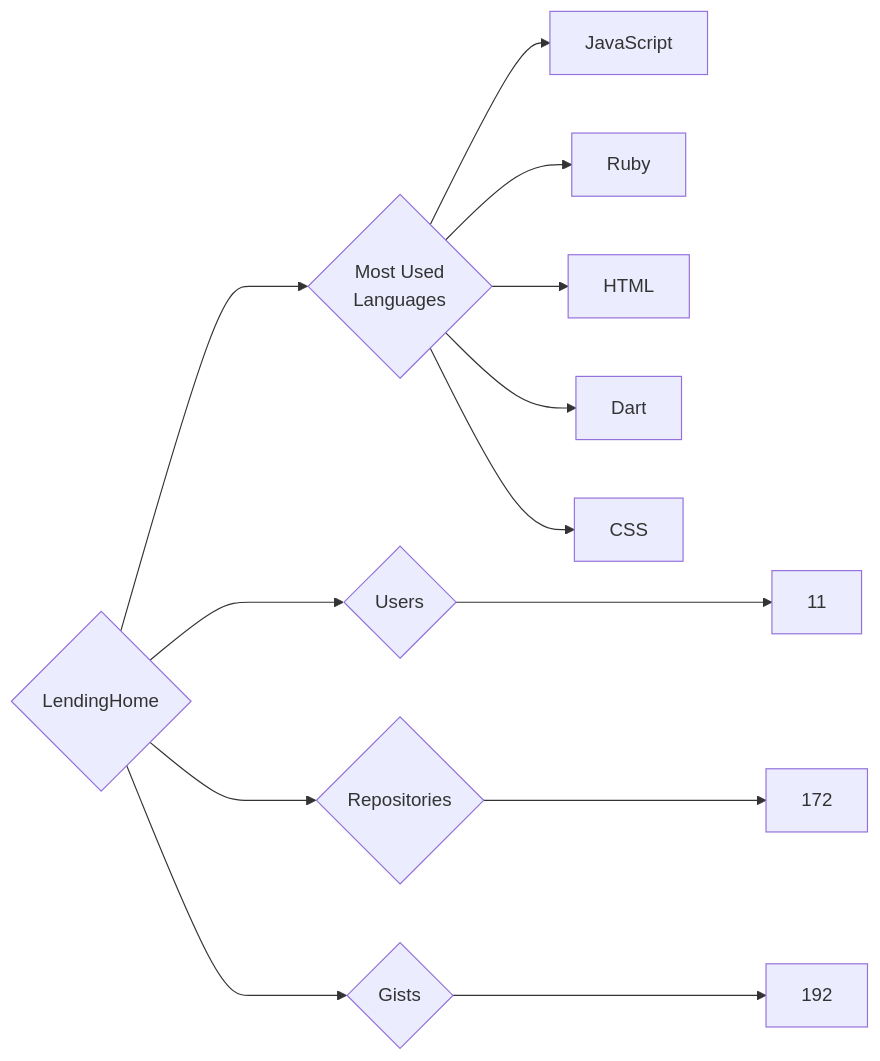
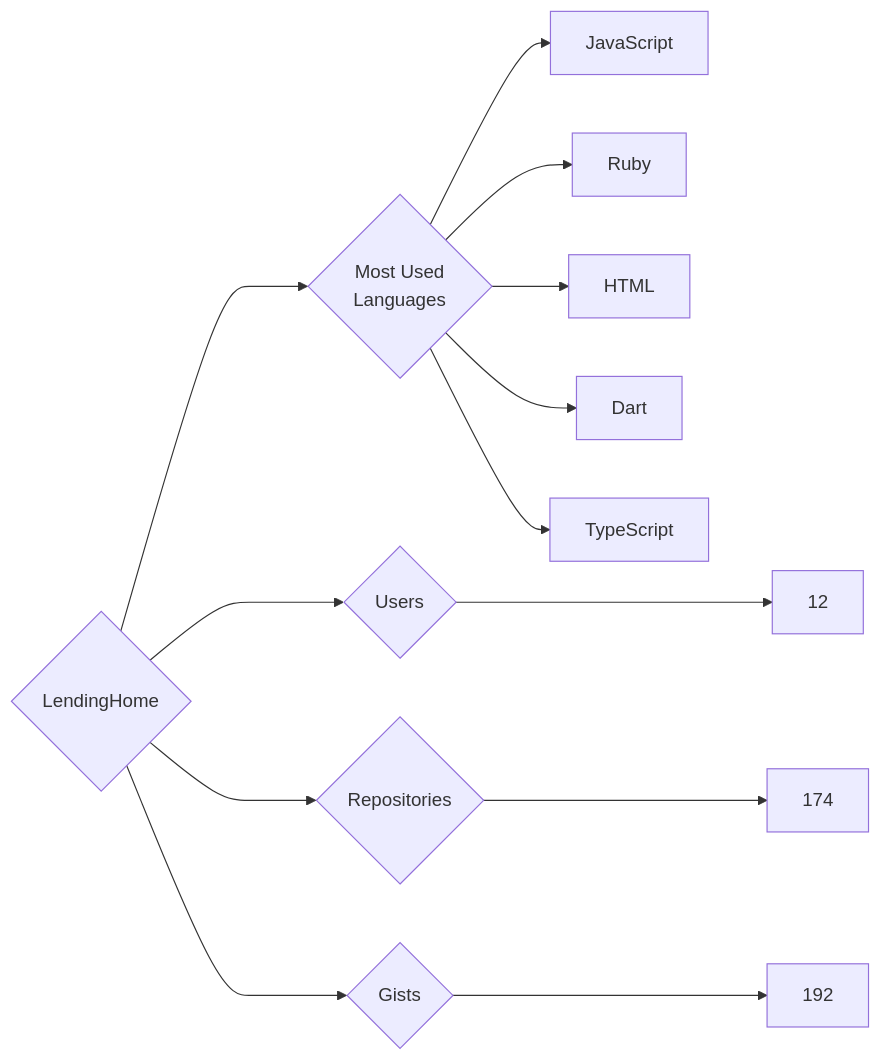
The diagram in targets/LendingHome/README.md (trickest/insiders), drawn with Mermaid before and after one commit. The commit also changed 1508 other files, not shown here.

````diff
--- a/targets/LendingHome/README.md
+++ b/targets/LendingHome/README.md
@@ -3,13 +3,13 @@
 ```mermaid
 graph LR
 COMPANY_NAME{LendingHome}
-COMPANY_NAME ---> U{Users} ---> UN[11]
-COMPANY_NAME ---> R{Repositories} ---> RN[172]
+COMPANY_NAME ---> U{Users} ---> UN[12]
+COMPANY_NAME ---> R{Repositories} ---> RN[174]
 COMPANY_NAME ---> G{Gists} ---> GN[192]
 COMPANY_NAME ---> ML{Most Used<br>Languages}
 ML --> JavaScript[JavaScript]
 ML --> Ruby[Ruby]
 ML --> HTML[HTML]
 ML --> Dart[Dart]
-ML --> CSS[CSS]
+ML --> TypeScript[TypeScript]
 ```
````
